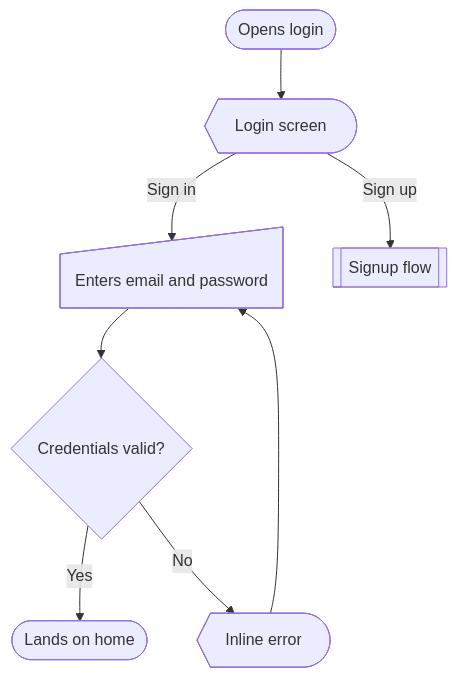
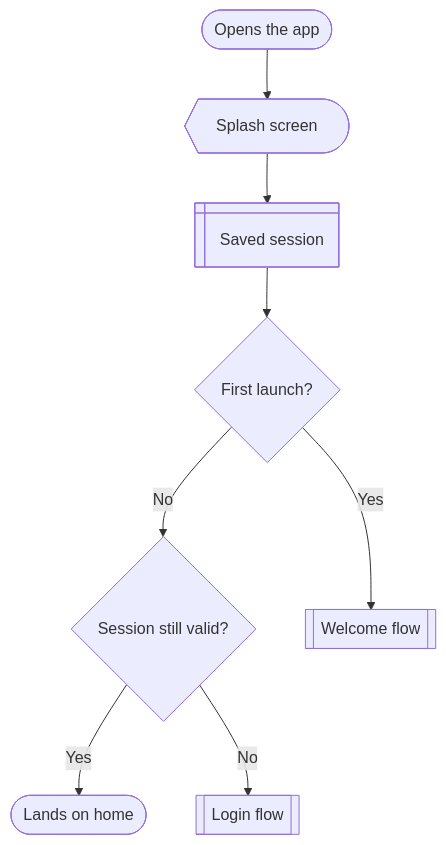
One commit to yoursharif/mermaid-userflow-diagram changed the second of 7 diagrams in references/flows.md. Above: the diagram before and after it, drawn with Mermaid. The commit also changed other lines of this file, not shown here.

````diff
--- a/references/flows.md
+++ b/references/flows.md
@@ -54,18 +58,19 @@
 ```mermaid
 flowchart TD
-  startLogin@{ shape: stadium, label: "Opens login" }
-  scrLogin@{ shape: curv-trap, label: "Login screen" }
-  inCredentials@{ shape: sl-rect, label: "Enters email and password" }
-  decValid@{ shape: diam, label: "Credentials valid?" }
-  scrError@{ shape: curv-trap, label: "Inline error" }
-  subSignup@{ shape: fr-rect, label: "Signup flow" }
+  startLaunch@{ shape: stadium, label: "Opens the app" }
+  scrSplash@{ shape: curv-trap, label: "Splash screen" }
+  memSession@{ shape: win-pane, label: "Saved session" }
+  decFirst@{ shape: diam, label: "First launch?" }
+  decSession@{ shape: diam, label: "Session still valid?" }
+  subWelcome@{ shape: fr-rect, label: "Welcome flow" }
+  subLogin@{ shape: fr-rect, label: "Login flow" }
   exitHome@{ shape: stadium, label: "Lands on home" }
 
-  startLogin --> scrLogin
-  scrLogin -->|Sign in| inCredentials
-  scrLogin -->|Sign up| subSignup
-  inCredentials --> decValid
-  decValid -->|Yes| exitHome
-  decValid -->|No| scrError
-  scrError --> inCredentials
+  startLaunch --> scrSplash
+  scrSplash --> memSession
+  memSession --> decFirst
+  decFirst -->|Yes| subWelcome
+  decFirst -->|No| decSession
+  decSession -->|Yes| exitHome
+  decSession -->|No| subLogin
 ```
````
